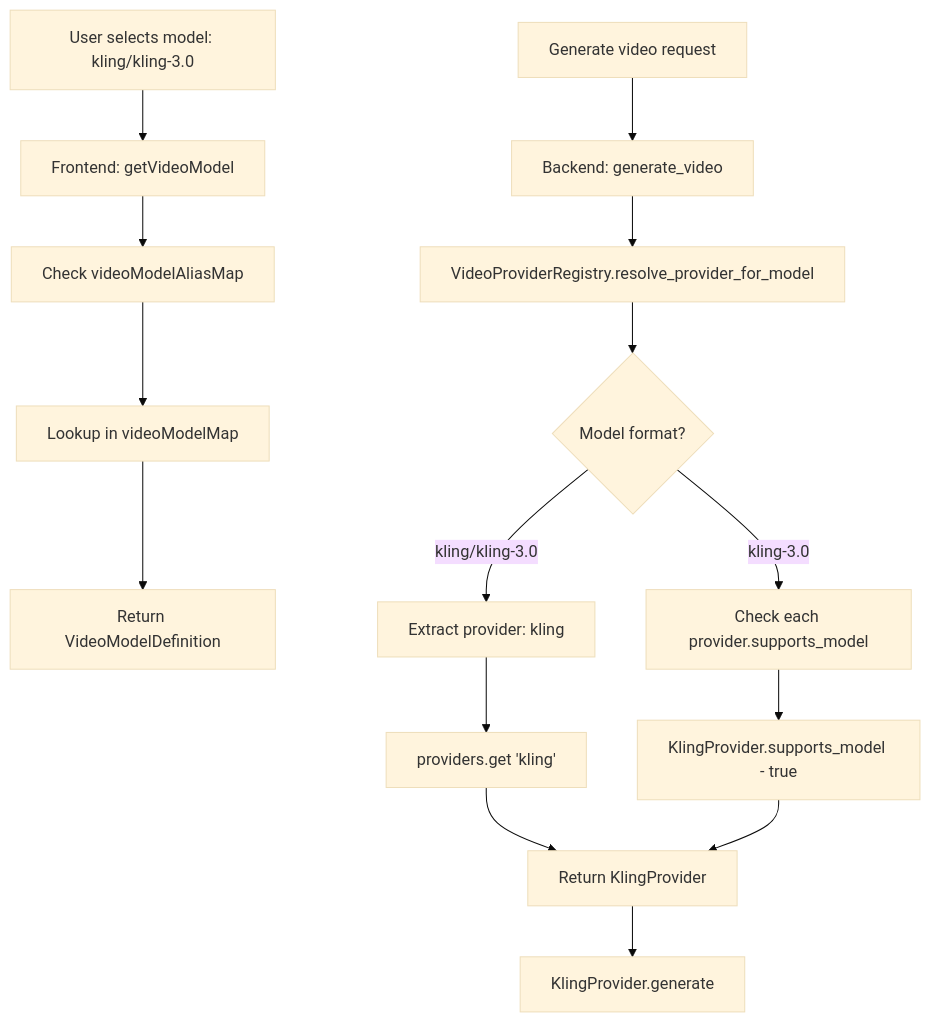
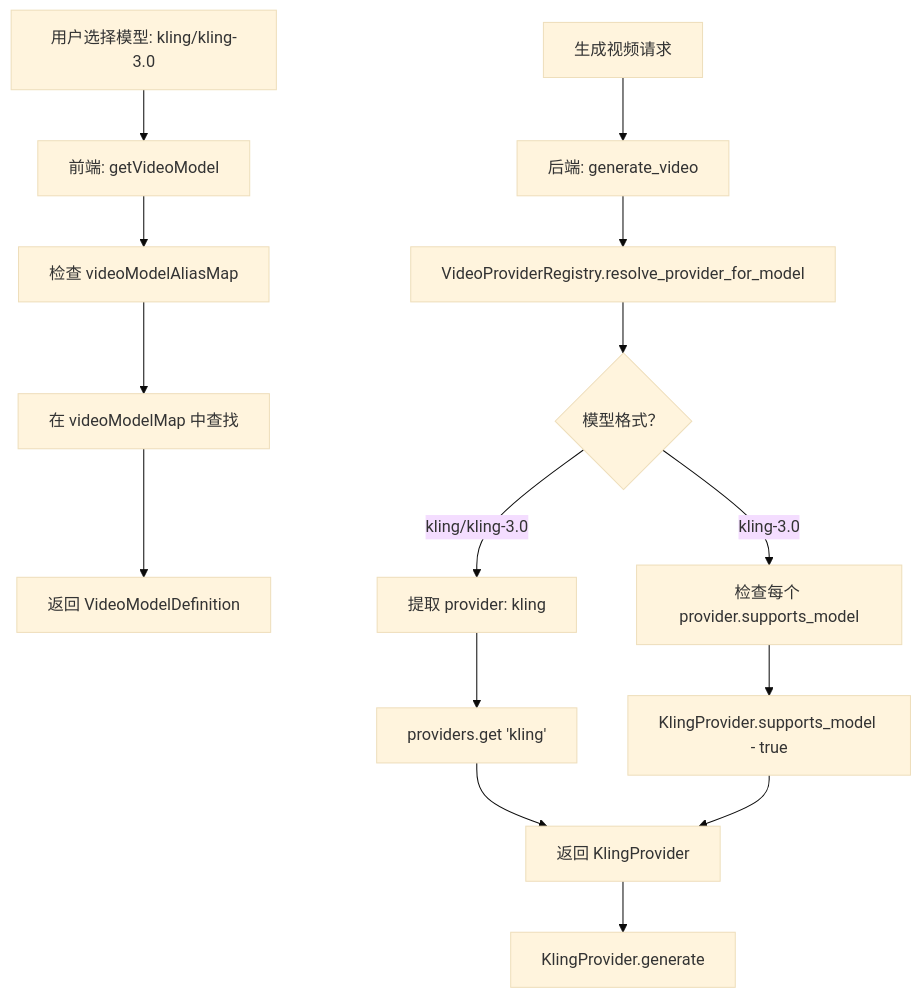
One commit to icezone/Storyboard-Copilot changed the second of 2 diagrams in docs/video-generation-implementation.md. Above: the diagram before and after it, drawn with Mermaid (base theme). The commit also changed other lines of this file, not shown here.

````diff
--- a/docs/video-generation-implementation.md
+++ b/docs/video-generation-implementation.md
@@ -504,21 +504,21 @@
 ```mermaid
 graph TD
-    A[User selects model: kling/kling-3.0] --> B[Frontend: getVideoModel]
-    B --> C[Check videoModelAliasMap]
-    C --> D[Lookup in videoModelMap]
-    D --> E[Return VideoModelDefinition]
+    A[用户选择模型: kling/kling-3.0] --> B[前端: getVideoModel]
+    B --> C[检查 videoModelAliasMap]
+    C --> D[在 videoModelMap 中查找]
+    D --> E[返回 VideoModelDefinition]
 
-    F[Generate video request] --> G[Backend: generate_video]
+    F[生成视频请求] --> G[后端: generate_video]
     G --> H[VideoProviderRegistry.resolve_provider_for_model]
-    H --> I{Model format?}
+    H --> I{模型格式？}
 
-    I -->|kling/kling-3.0| J[Extract provider: kling]
+    I -->|kling/kling-3.0| J[提取 provider: kling]
     J --> K[providers.get 'kling']
-    K --> L[Return KlingProvider]
+    K --> L[返回 KlingProvider]
 
-    I -->|kling-3.0| M[Check each provider.supports_model]
+    I -->|kling-3.0| M[检查每个 provider.supports_model]
     M --> N[KlingProvider.supports_model - true]
     N --> L
 
     L --> O[KlingProvider.generate]
 ```
````
